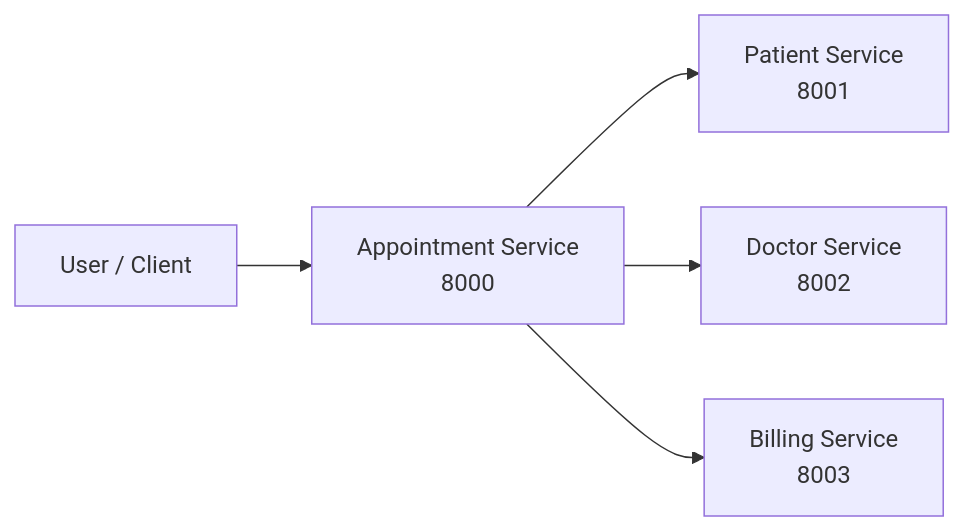
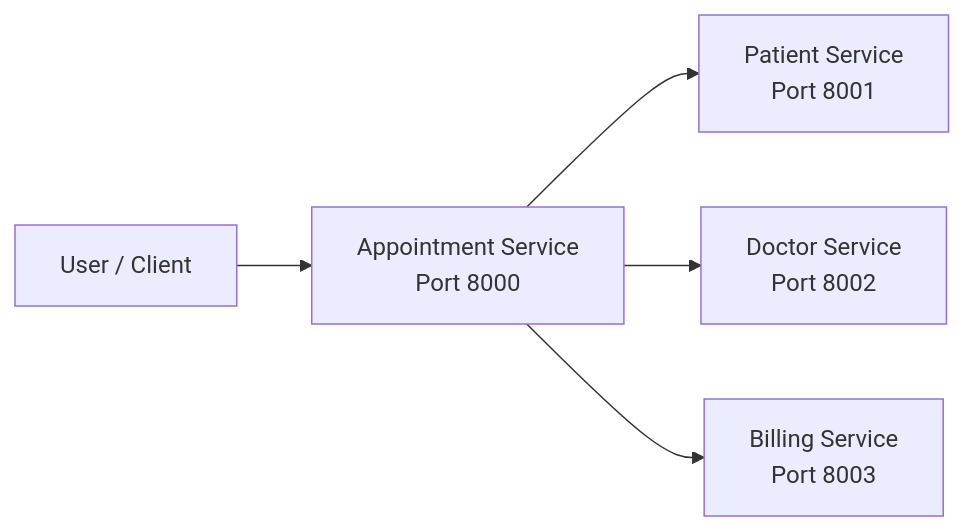
The first of 4 diagrams in README.md (chaitanya-m5/CC-hospital-microservices), drawn with Mermaid before and after one commit. The commit also changed other lines of this file, not shown here.

````diff
--- a/README.md
+++ b/README.md
@@ -51,8 +95,14 @@
 ```mermaid
 flowchart LR
-    U[User / Client] --> A[Appointment Service<br/>8000]
+    U[User / Client]
 
-    A --> P[Patient Service<br/>8001]
-    A --> D[Doctor Service<br/>8002]
-    A --> B[Billing Service<br/>8003]
+    A[Appointment Service<br/>Port 8000]
+    P[Patient Service<br/>Port 8001]
+    D[Doctor Service<br/>Port 8002]
+    B[Billing Service<br/>Port 8003]
+
+    U --> A
+    A --> P
+    A --> D
+    A --> B
 ```
````
